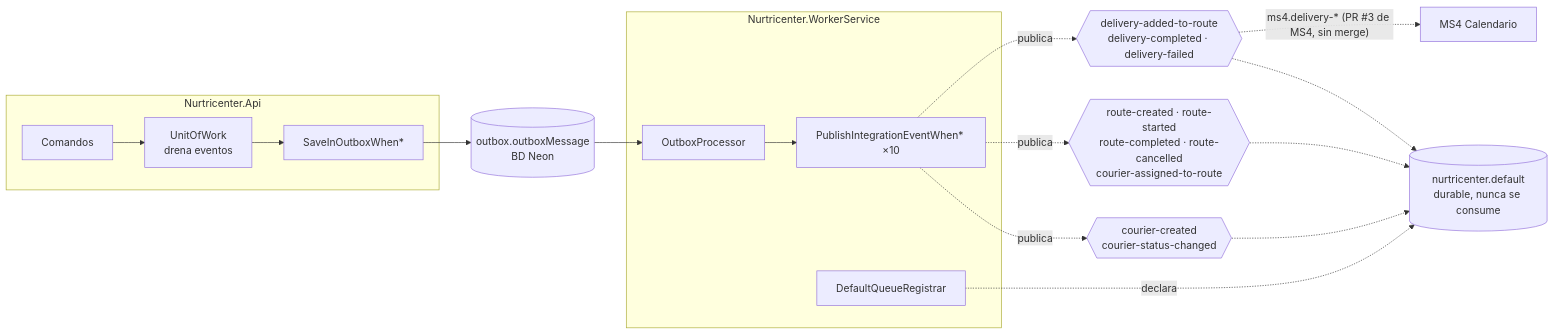
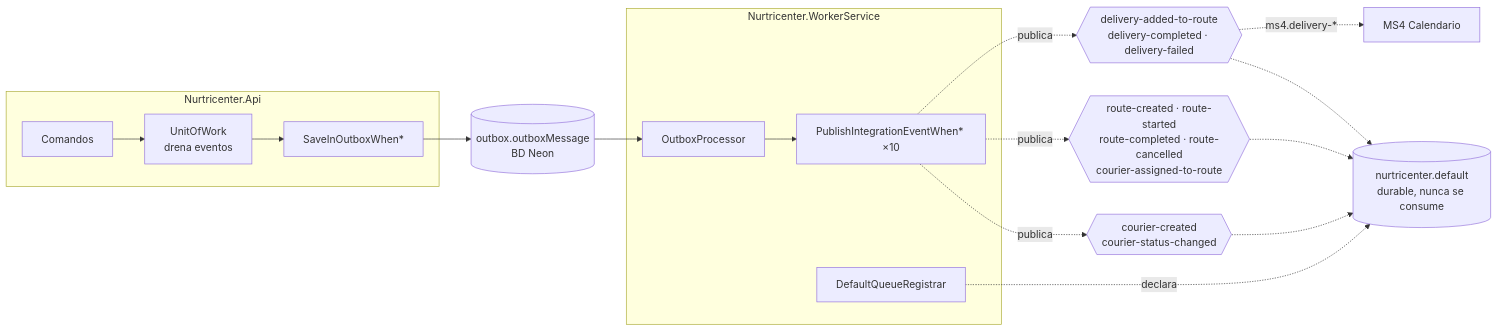
Before and after one commit to Nur-tricenter/knowledge: the diagram in services/ms5-logistics/messaging.md, drawn with Mermaid. The commit also changed other lines of this file and 30 other files, not shown here.

````diff
--- a/services/ms5-logistics/messaging.md
+++ b/services/ms5-logistics/messaging.md
@@ -84,19 +83,19 @@
 ```mermaid
 flowchart LR
   subgraph API[Nurtricenter.Api]
     C[Comandos] --> U[UnitOfWork<br/>drena eventos]
     U --> S[SaveInOutboxWhen*]
   end
   S --> OB[(outbox.outboxMessage<br/>BD Neon)]
   subgraph W[Nurtricenter.WorkerService]
     P[OutboxProcessor] --> H[PublishIntegrationEventWhen* ×10]
     R[DefaultQueueRegistrar]
   end
   OB --> P
   H -. publica .-> X1{{courier-created<br/>courier-status-changed}}
   H -. publica .-> X2{{route-created · route-started<br/>route-completed · route-cancelled<br/>courier-assigned-to-route}}
   H -. publica .-> X3{{delivery-added-to-route<br/>delivery-completed · delivery-failed}}
   X1 & X2 & X3 -.-> D[(nurtricenter.default<br/>durable, nunca se consume)]
-  X3 -. "ms4.delivery-* (PR #3 de MS4, sin merge)" .-> MS4[MS4 Calendario]
+  X3 -. "ms4.delivery-*" .-> MS4[MS4 Calendario]
   R -. declara .-> D
 ```
````
